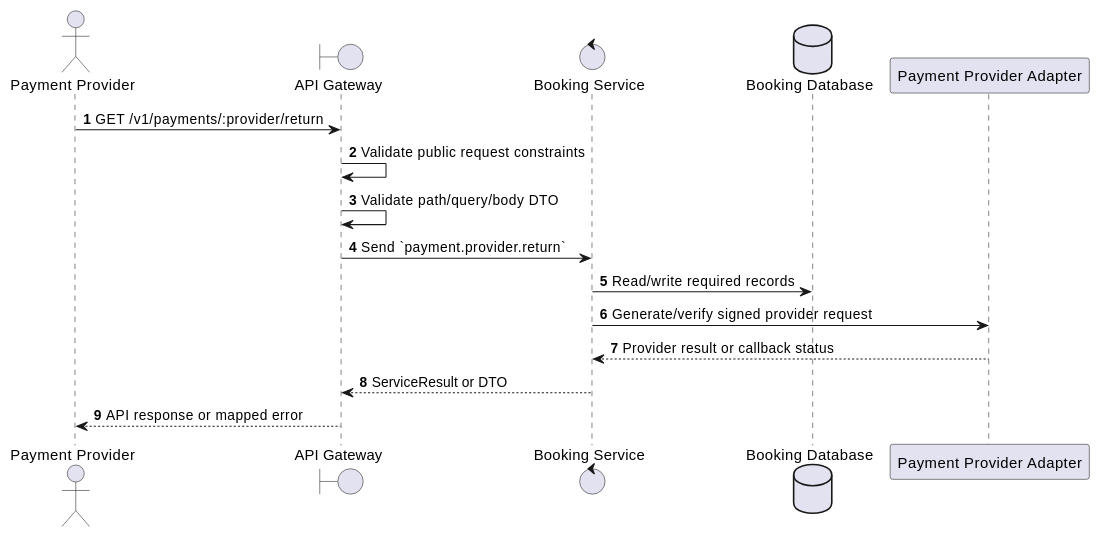
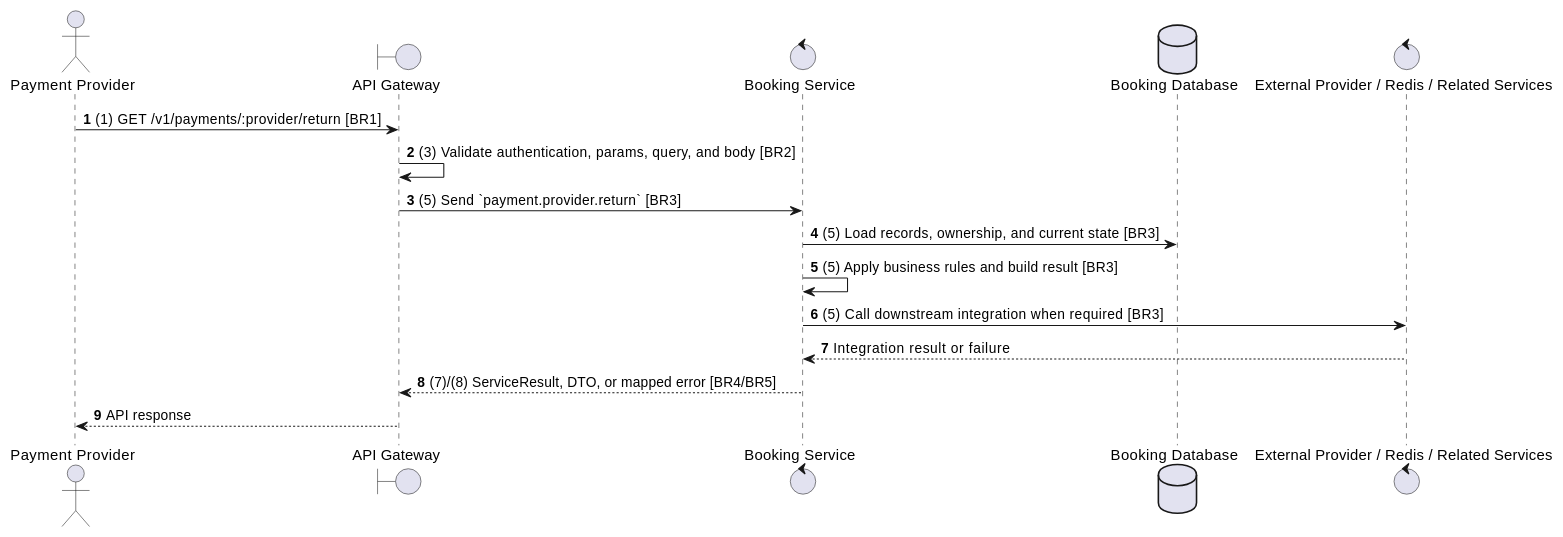
Before and after one commit to Tanh1603/movie-hub-architecture: the second of 2 diagrams in docs/functional_specs/3.6_Payment_Transaction_Module/PY-05_VNPay_Return_URL.md, drawn with PlantUML. The commit also changed other lines of this file and 129 other files, not shown here.

````diff
--- a/docs/functional_specs/3.6_Payment_Transaction_Module/PY-05_VNPay_Return_URL.md
+++ b/docs/functional_specs/3.6_Payment_Transaction_Module/PY-05_VNPay_Return_URL.md
@@ -17,20 +64,20 @@
 ```plantuml
 @startuml
 autonumber
 actor "Payment Provider" as Actor
 boundary "API Gateway" as GW
 control "Booking Service" as SVC
 database "Booking Database" as DB
-participant "Payment Provider Adapter" as Provider
+control "External Provider / Redis / Related Services" as EXT
 
-Actor -> GW: GET /v1/payments/:provider/return
-GW -> GW: Validate public request constraints
-GW -> GW: Validate path/query/body DTO
-GW -> SVC: Send `payment.provider.return`
-SVC -> DB: Read/write required records
-SVC -> Provider: Generate/verify signed provider request
-Provider --> SVC: Provider result or callback status
-SVC --> GW: ServiceResult or DTO
-GW --> Actor: API response or mapped error
+Actor -> GW: (1) GET /v1/payments/:provider/return [BR1]
+GW -> GW: (3) Validate authentication, params, query, and body [BR2]
+GW -> SVC: (5) Send `payment.provider.return` [BR3]
+SVC -> DB: (5) Load records, ownership, and current state [BR3]
+SVC -> SVC: (5) Apply business rules and build result [BR3]
+SVC -> EXT: (5) Call downstream integration when required [BR3]
+EXT --> SVC: Integration result or failure
+SVC --> GW: (7)/(8) ServiceResult, DTO, or mapped error [BR4/BR5]
+GW --> Actor: API response
 @enduml
 ```
````
